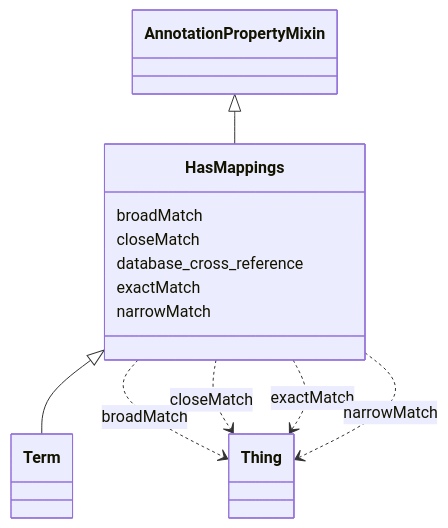
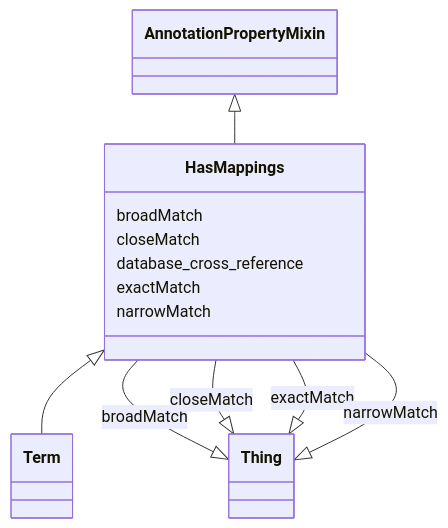
Before and after one commit to INCATools/ontology-access-kit: the diagram in ontology-metadata/HasMappings.md, drawn with Mermaid. The commit also changed 3011 other files, not shown here.

````diff
--- a/ontology-metadata/HasMappings.md
+++ b/ontology-metadata/HasMappings.md
@@ -9,29 +9,29 @@
 ```{mermaid}
  classDiagram
     class HasMappings
       AnnotationPropertyMixin <|-- HasMappings
       
 
       HasMappings <|-- Term
       
       
       HasMappings : broadMatch
         
-          HasMappings ..> Thing : broadMatch
+          HasMappings --|> Thing : broadMatch
         
       HasMappings : closeMatch
         
-          HasMappings ..> Thing : closeMatch
+          HasMappings --|> Thing : closeMatch
         
       HasMappings : database_cross_reference
         
       HasMappings : exactMatch
         
-          HasMappings ..> Thing : exactMatch
+          HasMappings --|> Thing : exactMatch
         
       HasMappings : narrowMatch
         
-          HasMappings ..> Thing : narrowMatch
+          HasMappings --|> Thing : narrowMatch
         
       
 ```
````
